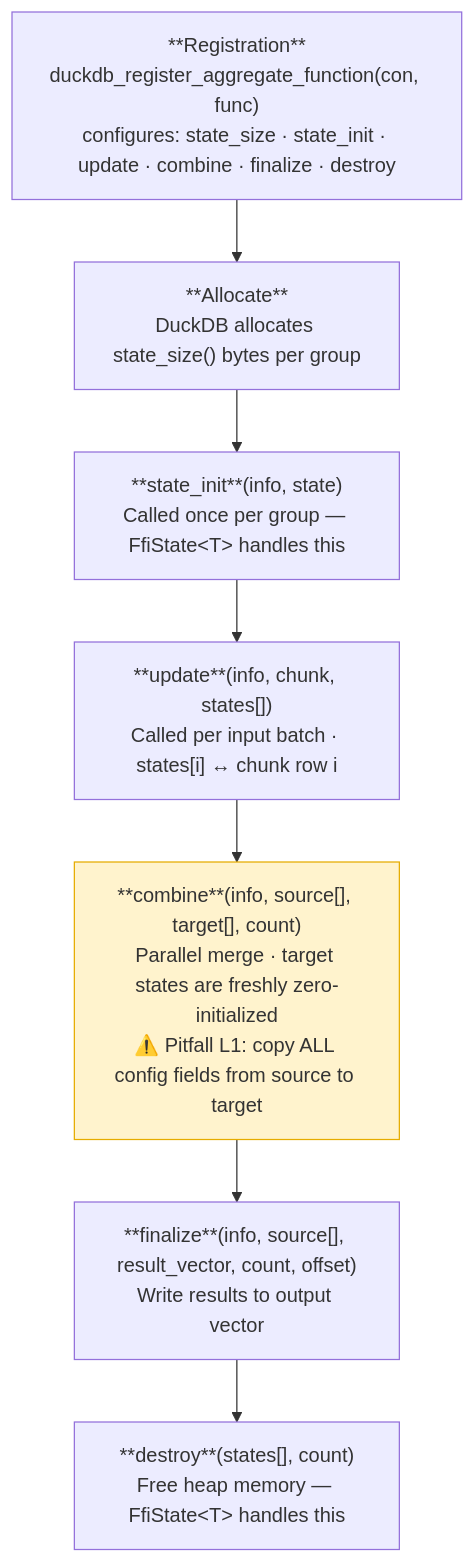
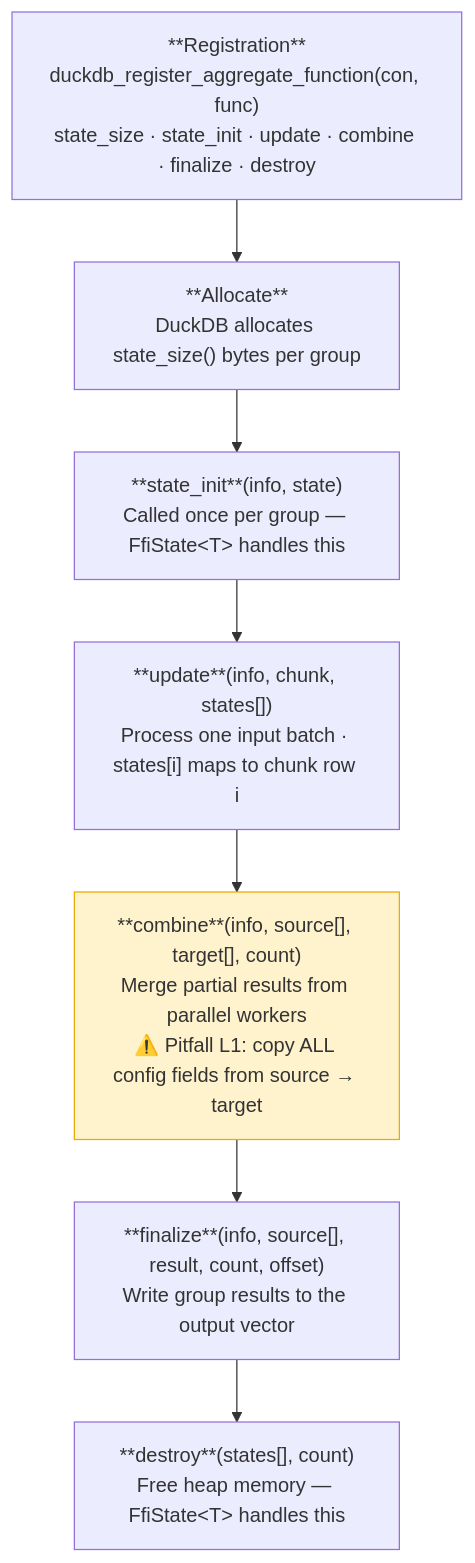
The diagram in docs/architecture.md (tomtom215/quack-rs), drawn with Mermaid before and after one commit. The commit also changed 3 other files, not shown here.

First line of the commit message:
docs: redesign architecture diagram and polish all mermaid diagrams

````diff
--- a/docs/architecture.md
+++ b/docs/architecture.md
@@ -150,20 +150,20 @@
 ```mermaid
 flowchart TD
-    REG["**Registration**<br/>duckdb_register_aggregate_function(con, func)<br/>configures: state_size · state_init · update · combine · finalize · destroy"]
+    REG["**Registration**<br/>duckdb_register_aggregate_function(con, func)<br/>state_size · state_init · update · combine · finalize · destroy"]
 
-    REG    --> ALLOC
-    ALLOC  --> INIT
-    INIT   --> UPDATE
-    UPDATE --> COMBINE
+    REG     --> ALLOC
+    ALLOC   --> INIT
+    INIT    --> UPDATE
+    UPDATE  --> COMBINE
     COMBINE --> FINAL
-    FINAL  --> DESTROY
+    FINAL   --> DESTROY
 
     ALLOC["**Allocate**<br/>DuckDB allocates state_size() bytes per group"]
     INIT["**state_init**(info, state)<br/>Called once per group — FfiState&lt;T&gt; handles this"]
-    UPDATE["**update**(info, chunk, states[])<br/>Called per input batch · states[i] ↔ chunk row i"]
-    COMBINE["**combine**(info, source[], target[], count)<br/>Parallel merge · target states are freshly zero-initialized<br/>⚠️ Pitfall L1: copy ALL config fields from source to target"]
-    FINAL["**finalize**(info, source[], result_vector, count, offset)<br/>Write results to output vector"]
+    UPDATE["**update**(info, chunk, states[])<br/>Process one input batch · states[i] maps to chunk row i"]
+    COMBINE["**combine**(info, source[], target[], count)<br/>Merge partial results from parallel workers<br/>⚠️ Pitfall L1: copy ALL config fields from source → target"]
+    FINAL["**finalize**(info, source[], result, count, offset)<br/>Write group results to the output vector"]
     DESTROY["**destroy**(states[], count)<br/>Free heap memory — FfiState&lt;T&gt; handles this"]
 
     style COMBINE fill:#fff3cd,stroke:#e6ac00,color:#333
 ```
````
